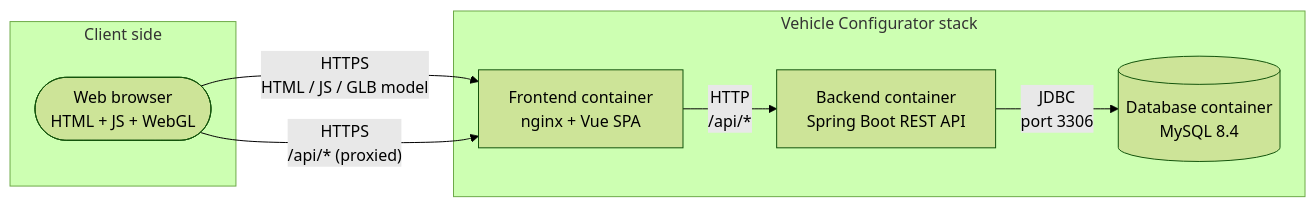
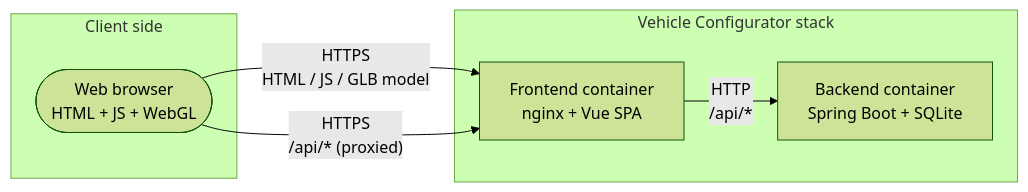
Before and after one commit to fbrase799/vehicle_configurator: the second of 2 diagrams in docs/arc42/03-context-and-scope.md, drawn with Mermaid (forest theme). The commit also changed other lines of this file and 49 other files, not shown here.

````diff
--- a/docs/arc42/03-context-and-scope.md
+++ b/docs/arc42/03-context-and-scope.md
@@ -32,17 +32,15 @@
 ```mermaid
 flowchart LR
     subgraph client[Client side]
         browser([Web browser<br/>HTML + JS + WebGL])
     end
 
     subgraph stack[Vehicle Configurator stack]
         fe["Frontend container<br/>nginx + Vue SPA"]
-        be["Backend container<br/>Spring Boot REST API"]
-        db[("Database container<br/>MySQL 8.4")]
+        be["Backend container<br/>Spring Boot + SQLite"]
     end
 
     browser -- "HTTPS<br/>HTML / JS / GLB model" --> fe
     browser -- "HTTPS<br/>/api/* (proxied)" --> fe
     fe -- "HTTP<br/>/api/*" --> be
-    be -- "JDBC<br/>port 3306" --> db
 ```
````
